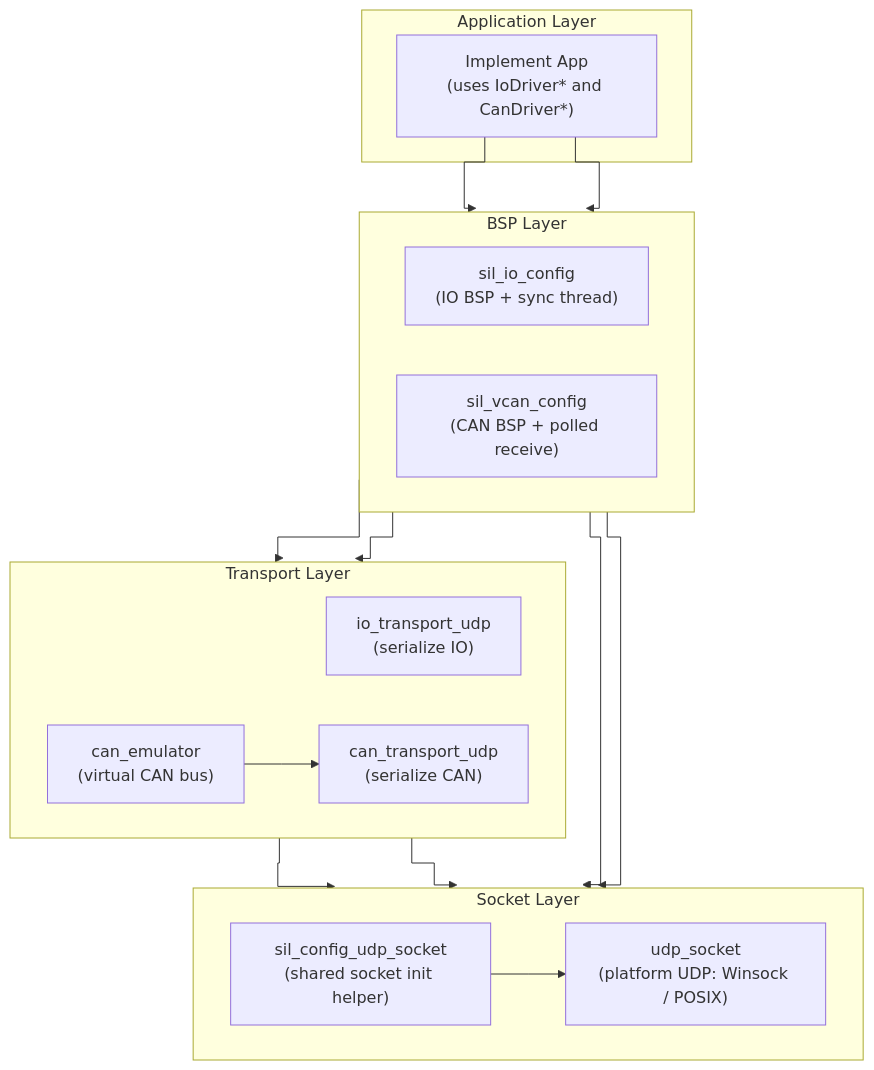
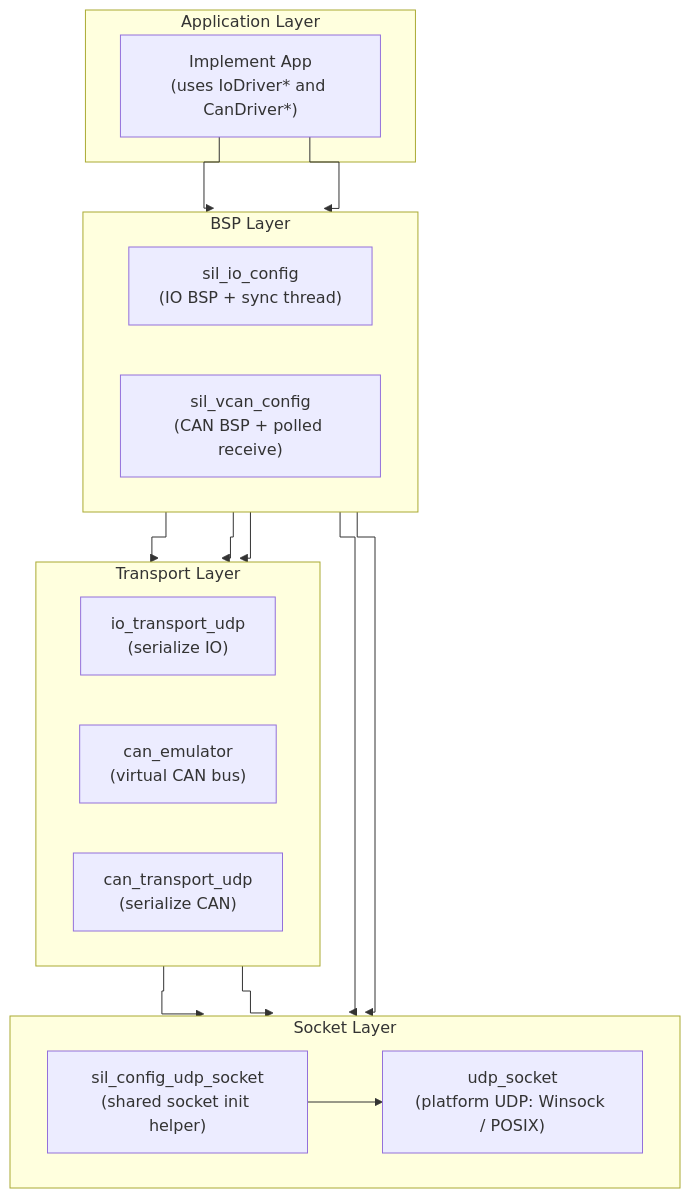
The second of 3 diagrams in sil_lib/SDD_sil_lib.md (ef12/SIL), drawn with Mermaid before and after one commit. The commit also changed other lines of this file and 3 other files, not shown here.

Commit message:
Update documentation for SIL library: refine architecture diagrams and clarify module responsibilities

````diff
--- a/sil_lib/SDD_sil_lib.md
+++ b/sil_lib/SDD_sil_lib.md
@@ -247,41 +249,41 @@
 ```mermaid
 ---
 config:
   flowchart:
     curve: stepBefore
 ---
 flowchart TB
   subgraph App["Application Layer"]
     APP["Implement App\n(uses IoDriver* and CanDriver*)"]
   end
 
   subgraph BSP["BSP Layer"]
     direction LR
     SIL_IO["sil_io_config\n(IO BSP + sync thread)"]
     SIL_CAN["sil_vcan_config\n(CAN BSP + polled receive)"]
   end
 
   subgraph Transport["Transport Layer"]
     direction LR
     IO_T["io_transport_udp\n(serialize IO)"]
     CANEMU["can_emulator\n(virtual CAN bus)"]
     CAN_T["can_transport_udp\n(serialize CAN)"]
   end
 
   subgraph Socket["Socket Layer"]
     direction LR
     HELPER["sil_config_udp_socket\n(shared socket init helper)"]
     UDP["udp_socket\n(platform UDP: Winsock / POSIX)"]
   end
 
   APP --> SIL_IO
   APP --> SIL_CAN
   SIL_IO --> IO_T
   SIL_IO --> HELPER
   SIL_CAN --> CANEMU
+  SIL_CAN --> CAN_T
   SIL_CAN --> HELPER
-  CANEMU --> CAN_T
   IO_T --> UDP
   CAN_T --> UDP
   HELPER --> UDP
 ```
````
